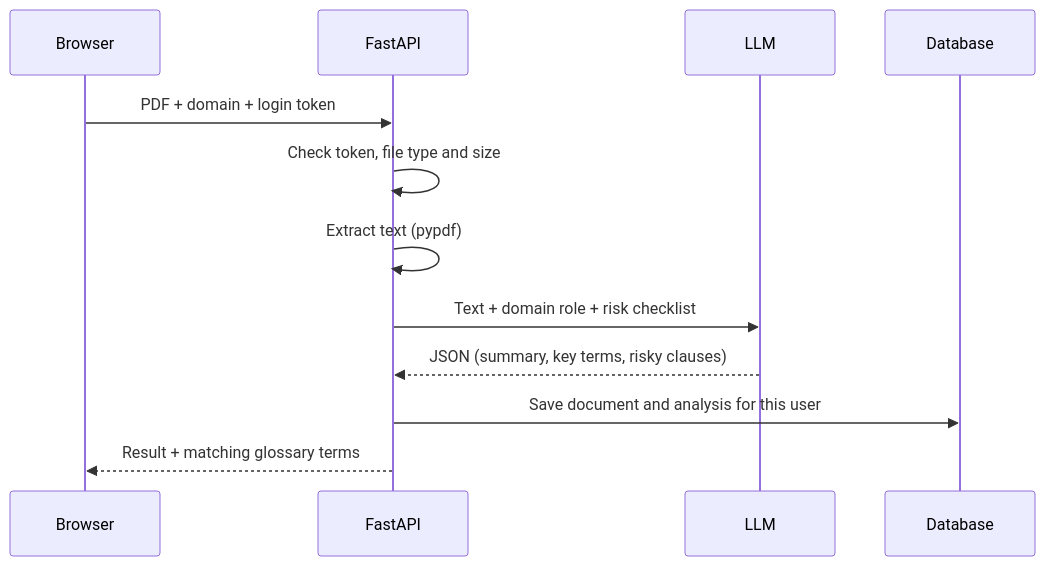
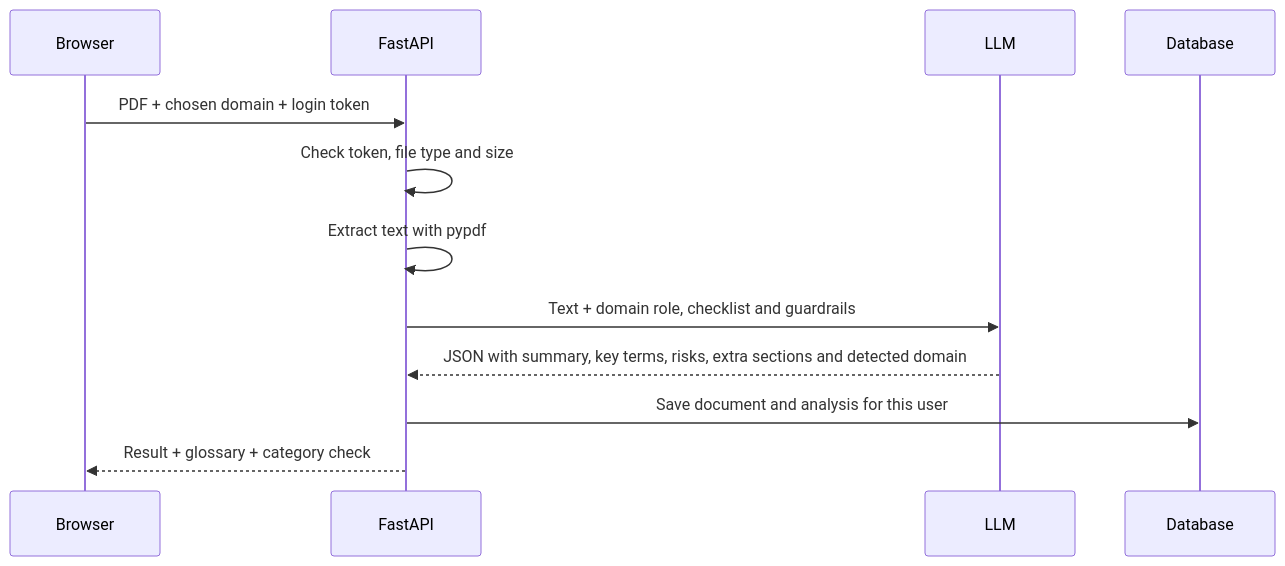
The second of 2 diagrams in README.md (Shrijay-Naik/clearclause), drawn with Mermaid before and after one commit. The commit also changed other lines of this file, not shown here.

````diff
--- a/README.md
+++ b/README.md
@@ -40,14 +91,14 @@
 ```mermaid
 sequenceDiagram
     participant B as Browser
     participant S as FastAPI
     participant L as LLM
     participant DB as Database
-    B->>S: PDF + domain + login token
+    B->>S: PDF + chosen domain + login token
     S->>S: Check token, file type and size
-    S->>S: Extract text (pypdf)
-    S->>L: Text + domain role + risk checklist
-    L-->>S: JSON (summary, key terms, risky clauses)
+    S->>S: Extract text with pypdf
+    S->>L: Text + domain role, checklist and guardrails
+    L-->>S: JSON with summary, key terms, risks, extra sections and detected domain
     S->>DB: Save document and analysis for this user
-    S-->>B: Result + matching glossary terms
+    S-->>B: Result + glossary + category check
 ```
````
